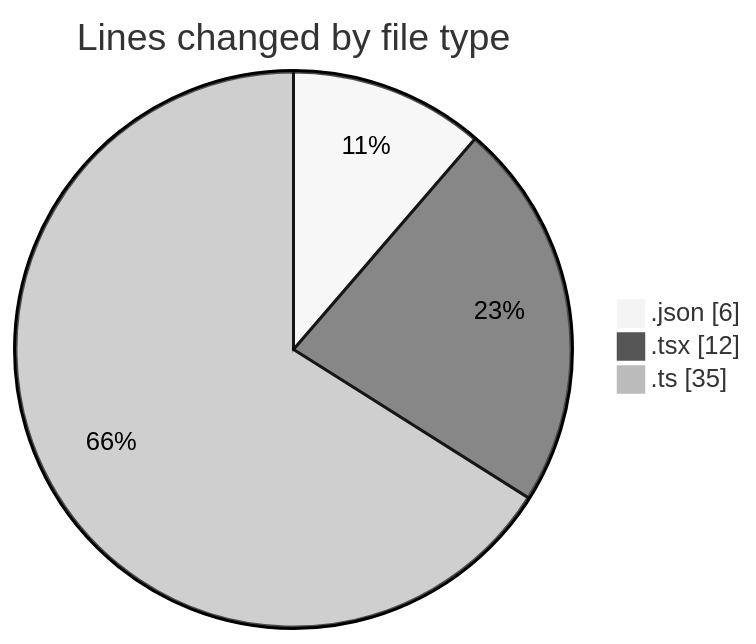
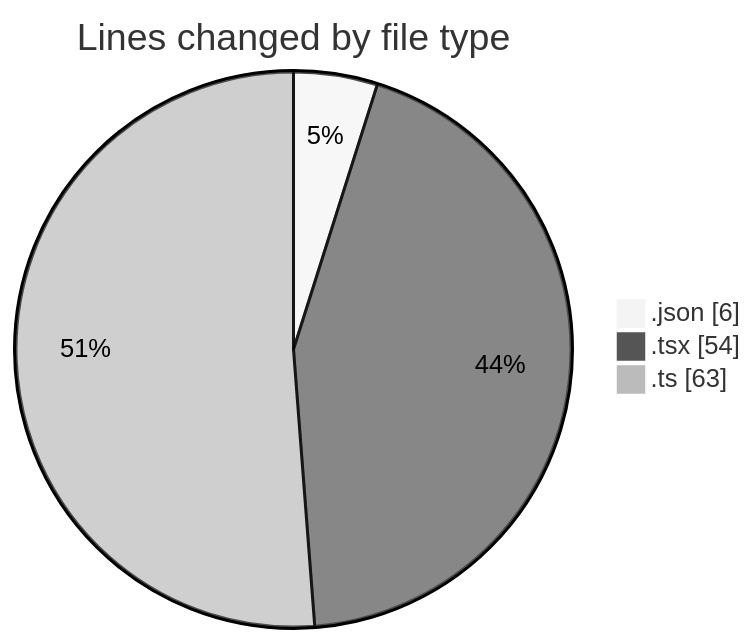
The first of 2 diagrams in 2025-05-01/niten/README.md (Elitesun/code-tracking), drawn with Mermaid (neutral theme) before and after one commit. The commit also changed other lines of this file and 1 other file, not shown here.

````diff
--- a/2025-05-01/niten/README.md
+++ b/2025-05-01/niten/README.md
@@ -22,7 +24,7 @@
 ```mermaid
 pie showData
 title Lines changed by file type
 ".json" : 6
-".tsx" : 12
-".ts" : 35
+".tsx" : 54
+".ts" : 63
 ```
````
